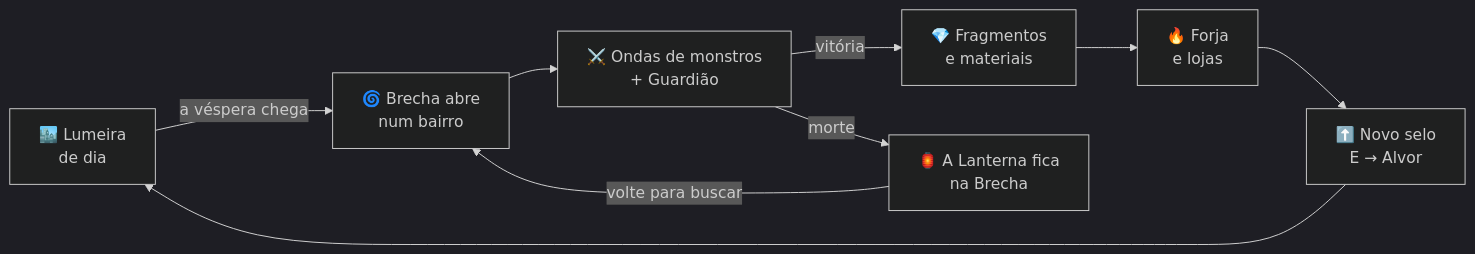
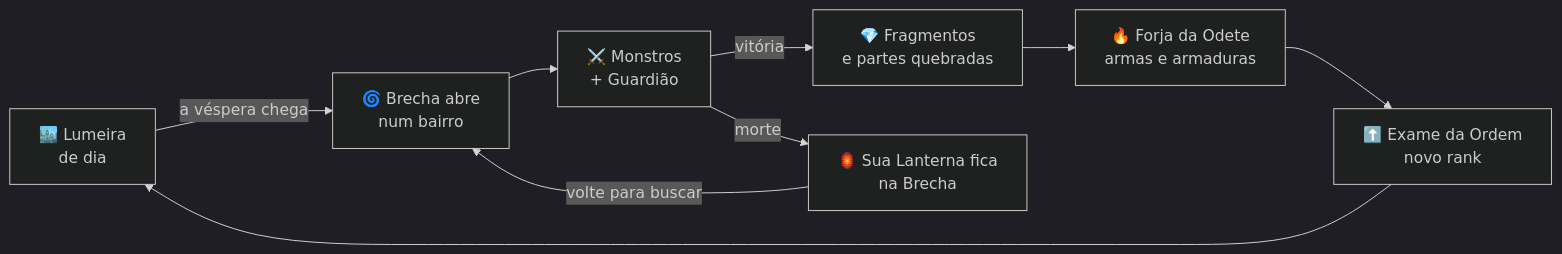
One commit to NasckDev/vespera changed the first of 2 diagrams in README.md. Above: the diagram before and after it, drawn with Mermaid (dark theme). The commit also changed other lines of this file and 1 other file, not shown here.

````diff
--- a/README.md
+++ b/README.md
@@ -53,11 +67,11 @@
 ```mermaid
 flowchart LR
     A["🏙️ Lumeira<br/>de dia"] -->|"a véspera chega"| B["🌀 Brecha abre<br/>num bairro"]
-    B --> C["⚔️ Ondas de monstros<br/>+ Guardião"]
-    C -->|"vitória"| D["💎 Fragmentos<br/>e materiais"]
-    C -->|"morte"| L["🏮 A Lanterna fica<br/>na Brecha"]
+    B --> C["⚔️ Monstros<br/>+ Guardião"]
+    C -->|"vitória"| D["💎 Fragmentos<br/>e partes quebradas"]
+    C -->|"morte"| L["🏮 Sua Lanterna fica<br/>na Brecha"]
     L -->|"volte para buscar"| B
-    D --> E["🔥 Forja<br/>e lojas"]
-    E --> F["⬆️ Novo selo<br/>E → Alvor"]
+    D --> E["🔥 Forja da Odete<br/>armas e armaduras"]
+    E --> F["⬆️ Exame da Ordem<br/>novo rank"]
     F --> A
 ```
````
